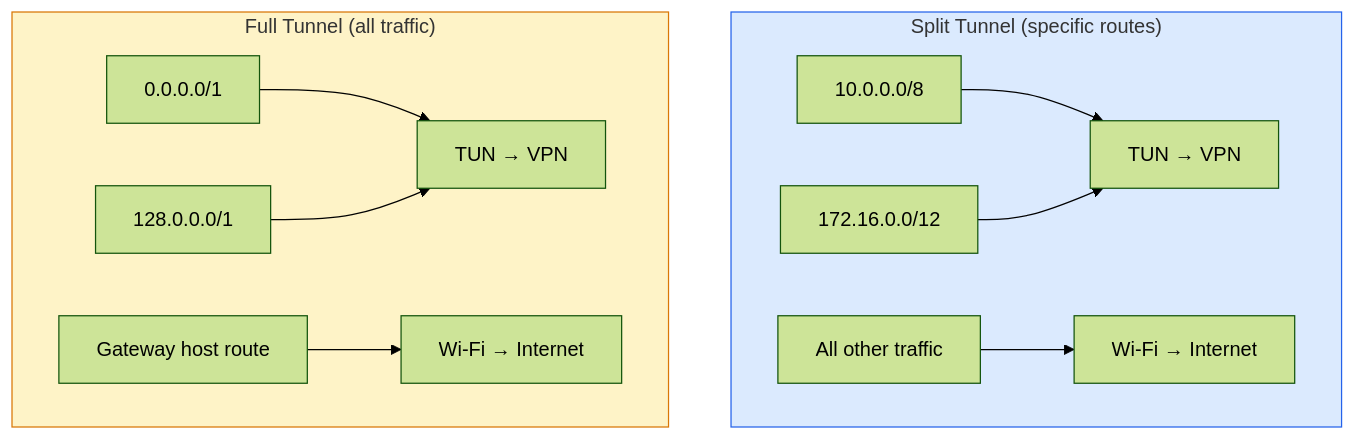
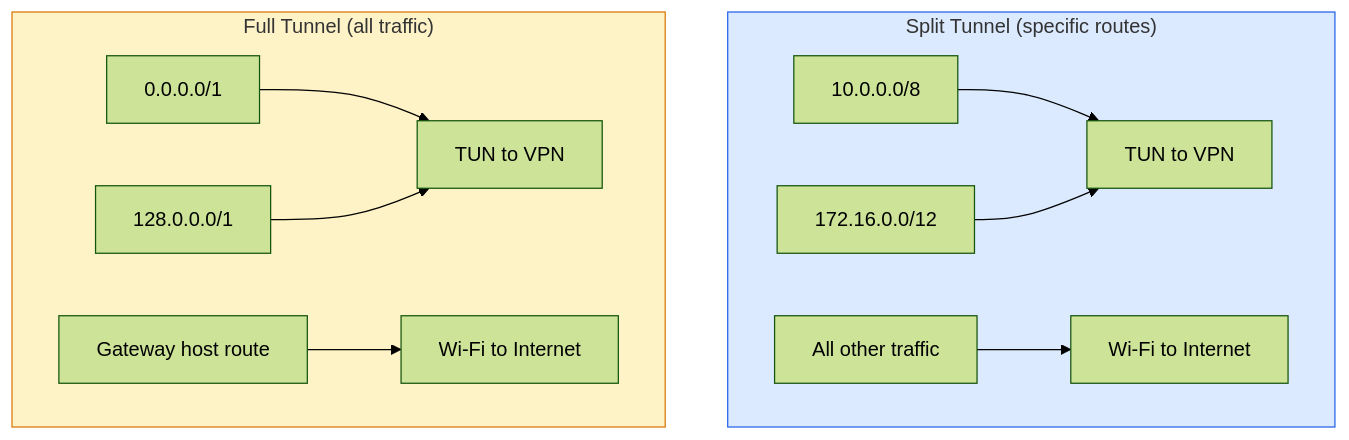
One commit to ktutnik/fortivpn-tray changed the seventh of 8 diagrams in README.md. Above: the diagram before and after it, drawn with Mermaid (forest theme). The commit also changed other lines of this file, not shown here.

Commit message:
docs: update README for Swift UI + Rust daemon architecture

````diff
--- a/README.md
+++ b/README.md
@@ -342,19 +372,19 @@
 ```mermaid
 graph TD
     subgraph split["Split Tunnel (specific routes)"]
         direction LR
-        S1["10.0.0.0/8"] --> TUN1["TUN → VPN"]
+        S1["10.0.0.0/8"] --> TUN1["TUN to VPN"]
         S2["172.16.0.0/12"] --> TUN1
-        S3["All other traffic"] --> WAN1["Wi-Fi → Internet"]
+        S3["All other traffic"] --> WAN1["Wi-Fi to Internet"]
     end
 
     subgraph full["Full Tunnel (all traffic)"]
         direction LR
-        F1["0.0.0.0/1"] --> TUN2["TUN → VPN"]
+        F1["0.0.0.0/1"] --> TUN2["TUN to VPN"]
         F2["128.0.0.0/1"] --> TUN2
-        F3["Gateway host route"] --> WAN2["Wi-Fi → Internet"]
+        F3["Gateway host route"] --> WAN2["Wi-Fi to Internet"]
     end
 
     style split fill:#dbeafe,stroke:#2563eb
     style full fill:#fef3c7,stroke:#d97706
 ```
````
